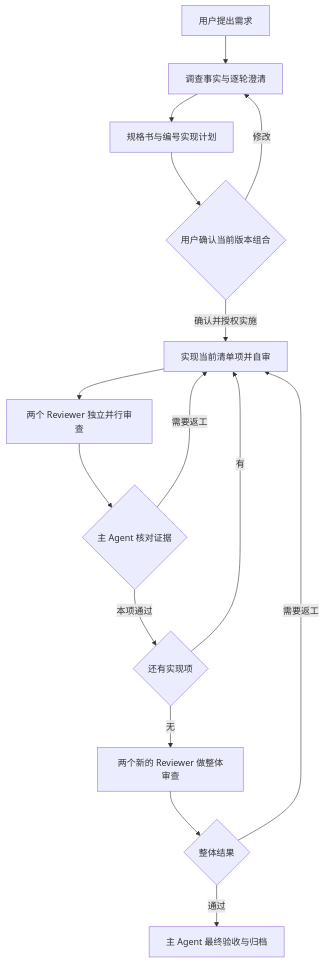
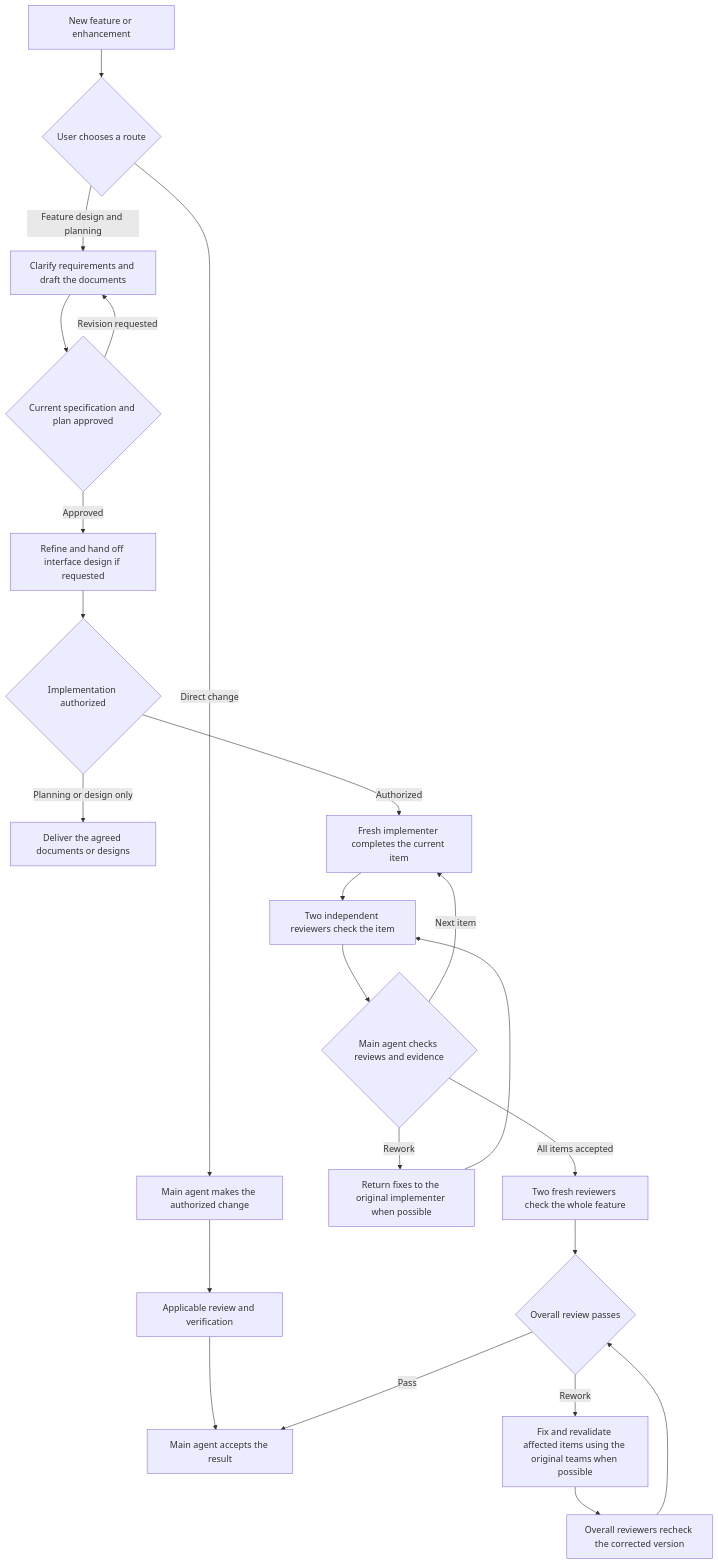
The diagram in README.md (xuzh0312/Harness-AI-Lite), drawn with Mermaid before and after one commit. The commit also changed other lines of this file and 74 other files, not shown here.

````diff
--- a/README.md
+++ b/README.md
@@ -55,17 +95,25 @@
 ```mermaid
 flowchart TD
-    A[用户提出需求] --> B[调查事实与逐轮澄清]
-    B --> C[规格书与编号实现计划]
-    C --> D{用户确认当前版本组合}
-    D -->|修改| B
-    D -->|确认并授权实施| E[实现当前清单项并自审]
-    E --> F[两个 Reviewer 独立并行审查]
-    F --> G{主 Agent 核对证据}
-    G -->|需要返工| E
-    G -->|本项通过| H{还有实现项}
-    H -->|有| E
-    H -->|无| I[两个新的 Reviewer 做整体审查]
-    I --> J{整体结果}
-    J -->|需要返工| E
-    J -->|通过| K[主 Agent 最终验收与归档]
+    A[New feature or enhancement] --> B{User chooses a route}
+    B -->|Direct change| C[Main agent makes the authorized change]
+    C --> D[Applicable review and verification]
+    D --> Z[Main agent accepts the result]
+    B -->|Feature design and planning| E[Clarify requirements and draft the documents]
+    E --> F{Current specification and plan approved}
+    F -->|Revision requested| E
+    F -->|Approved| G[Refine and hand off interface design if requested]
+    G --> H{Implementation authorized}
+    H -->|Planning or design only| I[Deliver the agreed documents or designs]
+    H -->|Authorized| J[Fresh implementer completes the current item]
+    J --> K[Two independent reviewers check the item]
+    K --> L{Main agent checks reviews and evidence}
+    L -->|Rework| R[Return fixes to the original implementer when possible]
+    R --> K
+    L -->|Next item| J
+    L -->|All items accepted| M[Two fresh reviewers check the whole feature]
+    M --> N{Overall review passes}
+    N -->|Rework| O[Fix and revalidate affected items using the original teams when possible]
+    O --> P[Overall reviewers recheck the corrected version]
+    P --> N
+    N -->|Pass| Z
 ```
````
